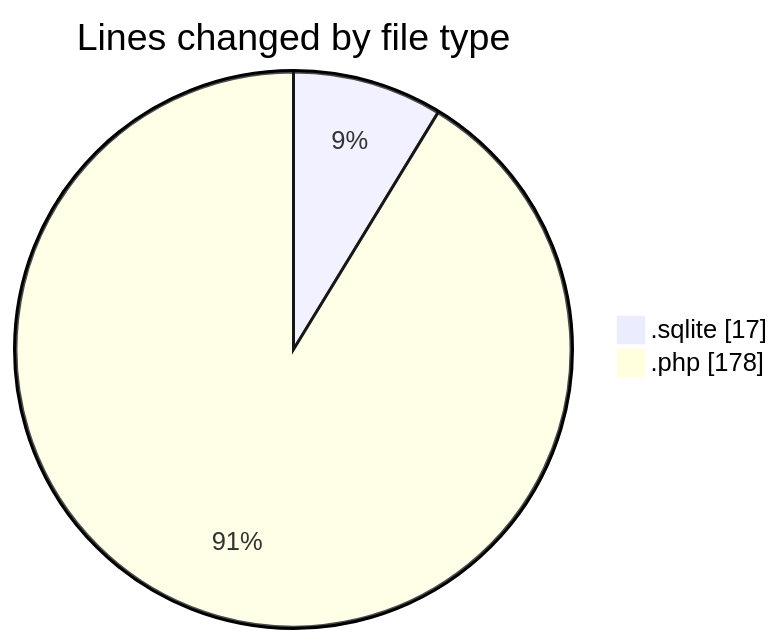
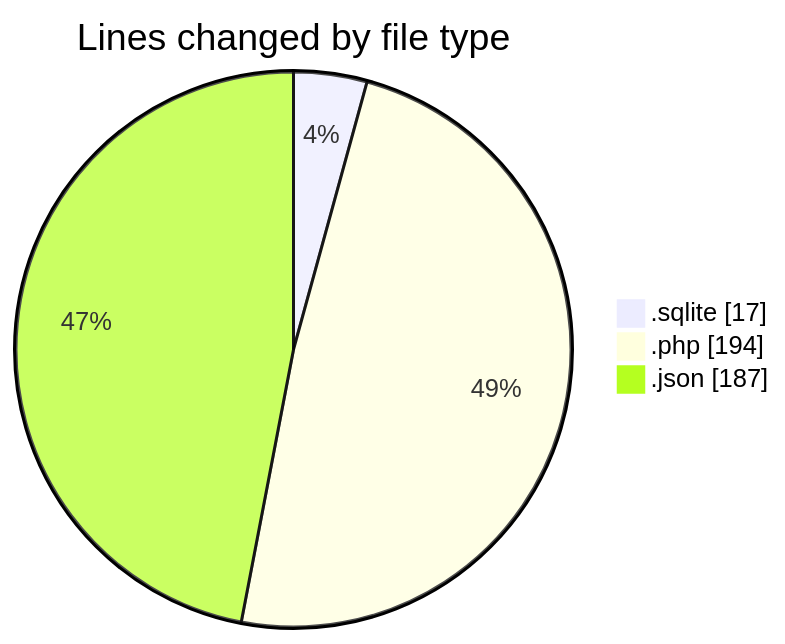
The first of 2 diagrams in 2025-10-07/url-shortener/README.md (Ritupan-Deka/code-tracking), drawn with Mermaid before and after one commit. The commit also changed other lines of this file and 1 other file, not shown here.

````diff
--- a/2025-10-07/url-shortener/README.md
+++ b/2025-10-07/url-shortener/README.md
@@ -21,6 +22,7 @@
 ```mermaid
 pie showData
 title Lines changed by file type
 ".sqlite" : 17
-".php" : 178
+".php" : 194
+".json" : 187
 ```
````
